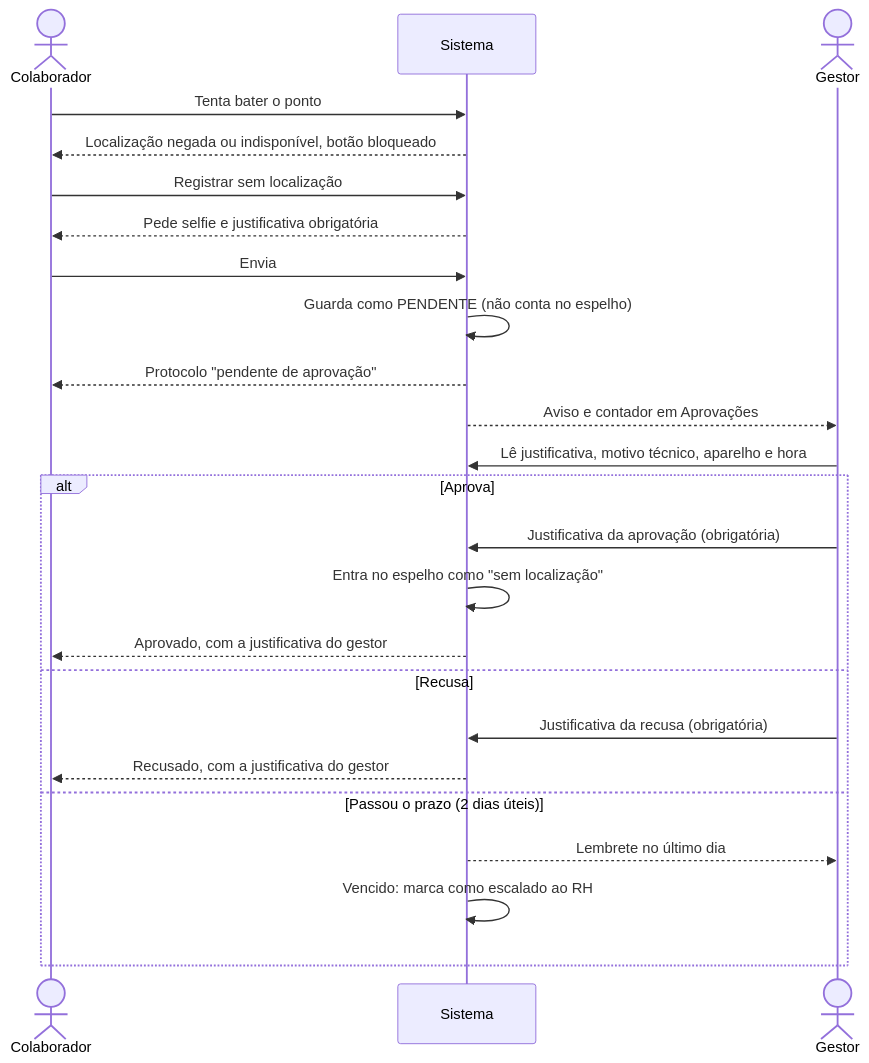
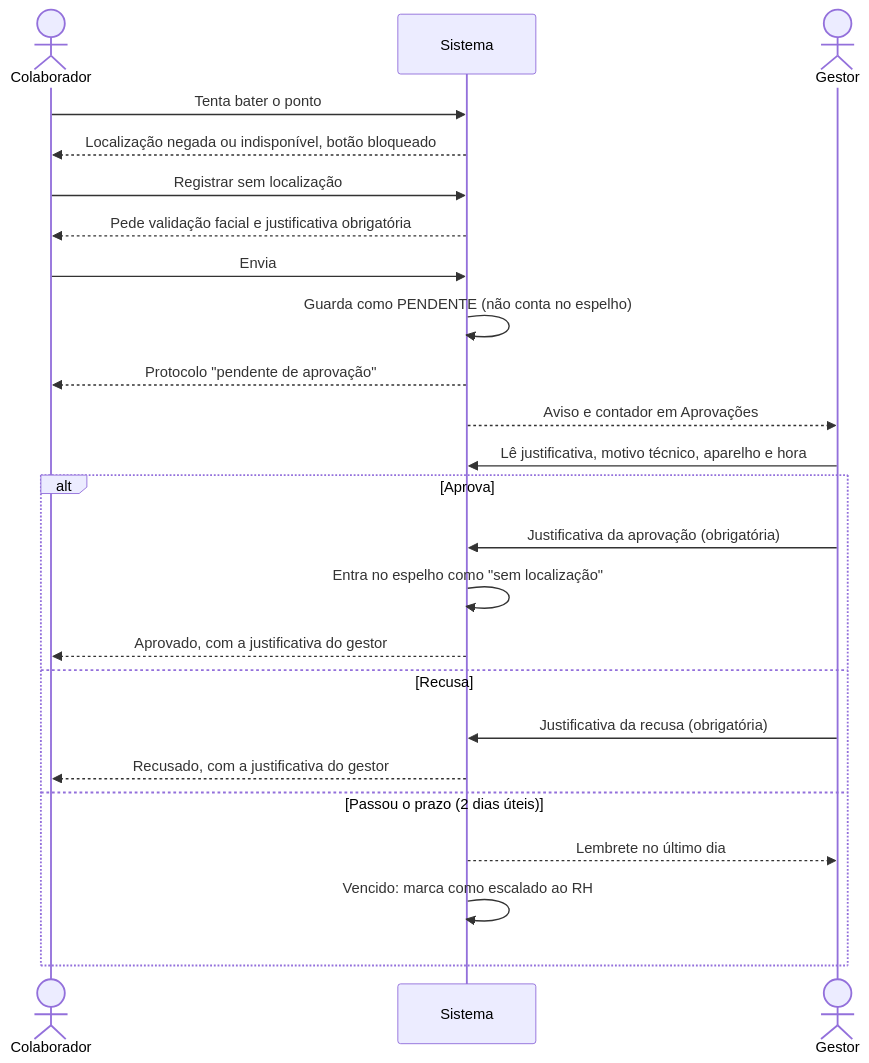
The tenth of 10 diagrams in docs/06-fluxos.md (GuedesIgor/AxSys-IT), drawn with Mermaid before and after one commit. The commit also changed other lines of this file and 12 other files, not shown here.

First line of the commit message:
Validação facial com prova de vida obrigatória na batida e cadastro facial obrigatório no cadastro de usuário

````diff
--- a/docs/06-fluxos.md
+++ b/docs/06-fluxos.md
@@ -155,26 +159,26 @@
 ```mermaid
 sequenceDiagram
     actor C as Colaborador
     participant S as Sistema
     actor G as Gestor
     C->>S: Tenta bater o ponto
     S-->>C: Localização negada ou indisponível, botão bloqueado
     C->>S: Registrar sem localização
-    S-->>C: Pede selfie e justificativa obrigatória
+    S-->>C: Pede validação facial e justificativa obrigatória
     C->>S: Envia
     S->>S: Guarda como PENDENTE (não conta no espelho)
     S-->>C: Protocolo "pendente de aprovação"
     S-->>G: Aviso e contador em Aprovações
     G->>S: Lê justificativa, motivo técnico, aparelho e hora
     alt Aprova
         G->>S: Justificativa da aprovação (obrigatória)
         S->>S: Entra no espelho como "sem localização"
         S-->>C: Aprovado, com a justificativa do gestor
     else Recusa
         G->>S: Justificativa da recusa (obrigatória)
         S-->>C: Recusado, com a justificativa do gestor
     else Passou o prazo (2 dias úteis)
         S-->>G: Lembrete no último dia
         S->>S: Vencido: marca como escalado ao RH
     end
 ```
````
